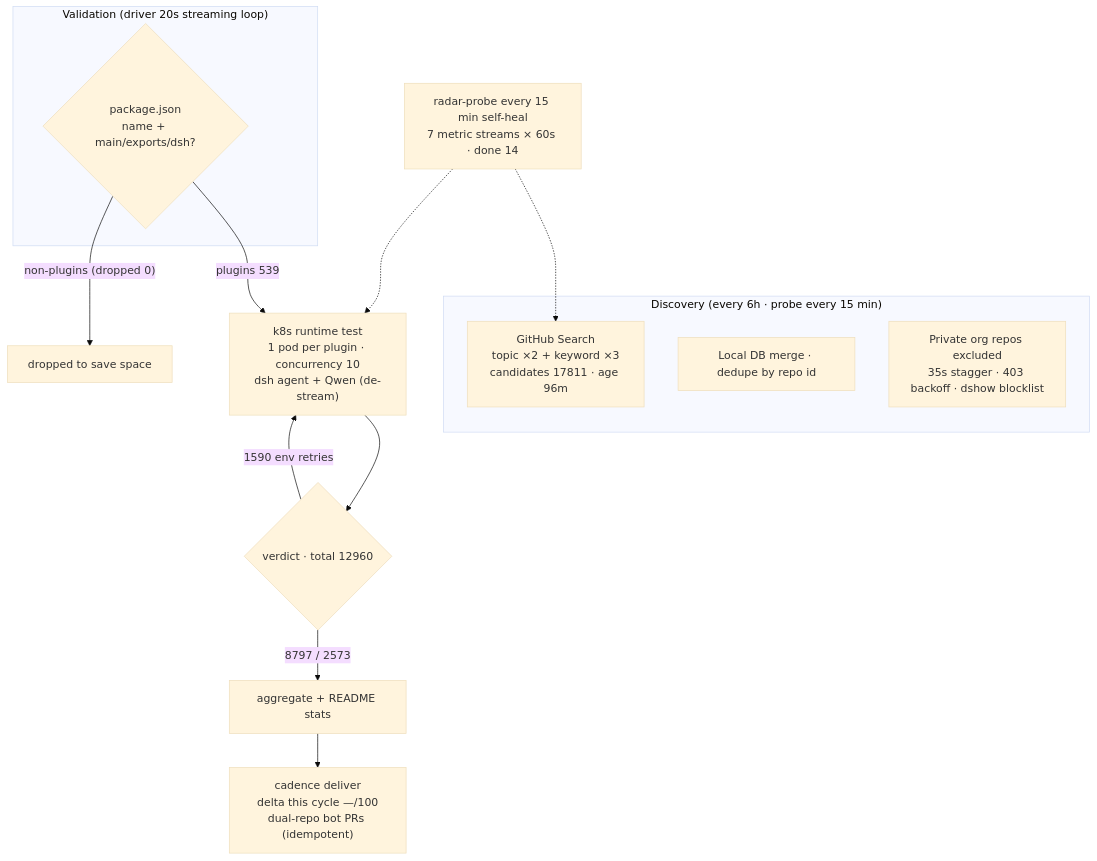
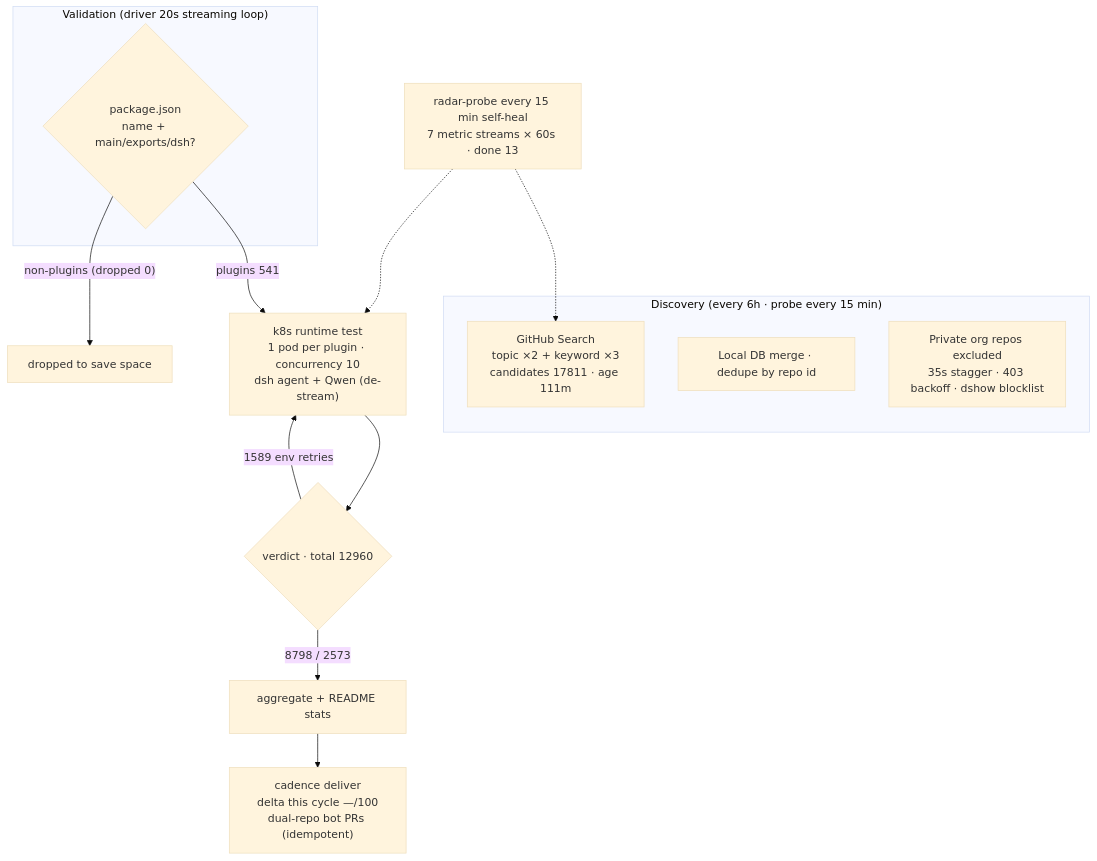
Before and after one commit to AdamPlatin123/awesome-dsh-plugins: the diagram in README.en-US.md, drawn with Mermaid (base theme). The commit also changed other lines of this file and 5 other files, not shown here.

````diff
--- a/README.en-US.md
+++ b/README.en-US.md
@@ -45,20 +45,20 @@
 ```mermaid
 flowchart TB
     subgraph Discovery["Discovery (every 6h · probe every 15 min)"]
-        A1["GitHub Search<br/>topic ×2 + keyword ×3<br/>candidates 17811 · age 96m"]
+        A1["GitHub Search<br/>topic ×2 + keyword ×3<br/>candidates 17811 · age 111m"]
         A2["Local DB merge · dedupe by repo id"]
         A3["Private org repos excluded<br/>35s stagger · 403 backoff · dshow blocklist"]
     end
     subgraph Validation["Validation (driver 20s streaming loop)"]
         B1{"package.json<br/>name + main/exports/dsh?"}
     end
-    B1 -->|"plugins 539"| C1["k8s runtime test<br/>1 pod per plugin · concurrency 10<br/>dsh agent + Qwen (de-stream)"]
+    B1 -->|"plugins 541"| C1["k8s runtime test<br/>1 pod per plugin · concurrency 10<br/>dsh agent + Qwen (de-stream)"]
     B1 -->|"non-plugins (dropped 0)"| B3["dropped to save space"]
     C1 --> D1{"verdict · total 12960"}
-    D1 -->|"8797 / 2573"| E1["aggregate + README stats"]
-    D1 -->|"1590 env retries"| C1
+    D1 -->|"8798 / 2573"| E1["aggregate + README stats"]
+    D1 -->|"1589 env retries"| C1
     E1 --> E2["cadence deliver<br/>delta this cycle —/100<br/>dual-repo bot PRs (idempotent)"]
-    M["radar-probe every 15 min self-heal<br/>7 metric streams × 60s · done 14"]
+    M["radar-probe every 15 min self-heal<br/>7 metric streams × 60s · done 13"]
     M -.-> A1
     M -.-> C1
 ```
````
